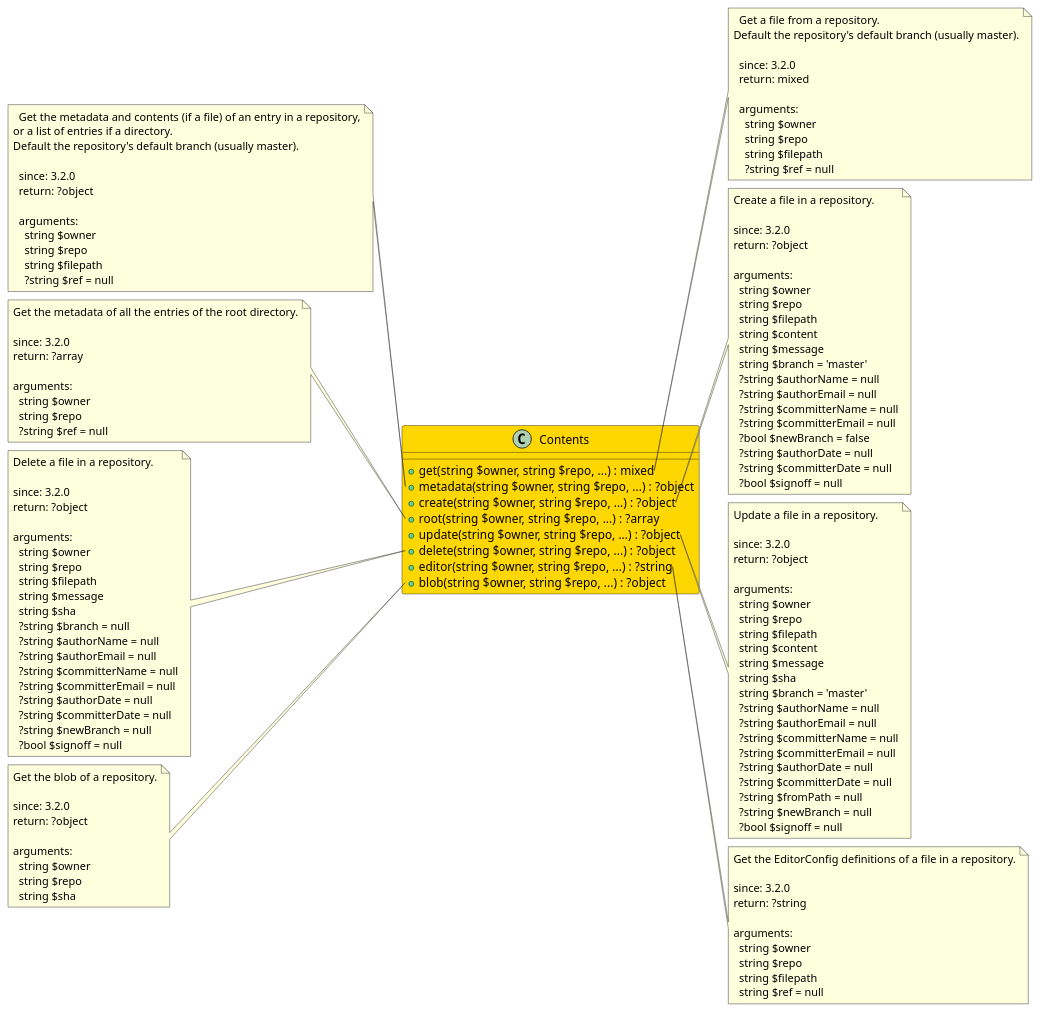
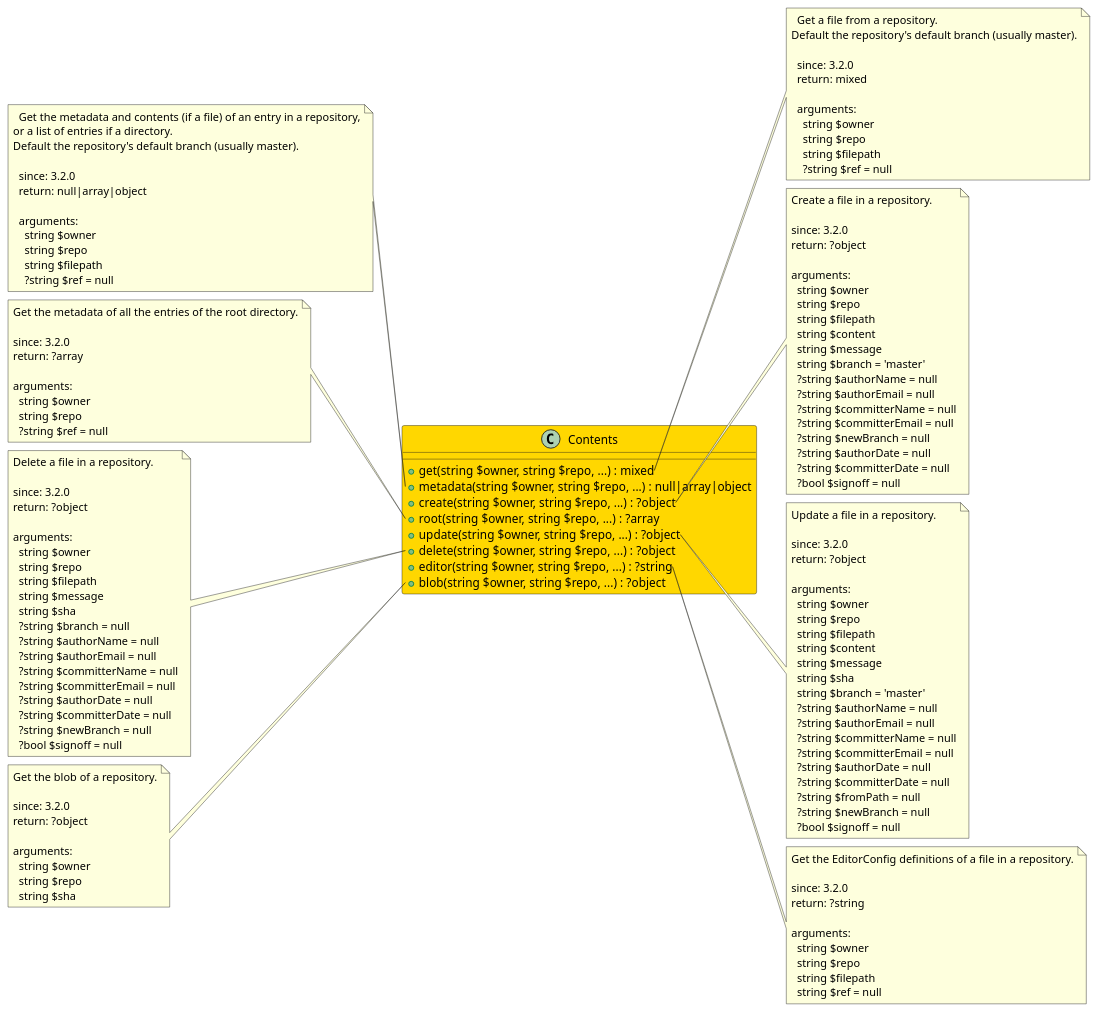
Before and after one commit to joomengine/gitea: the diagram in src/8d1baef6-fcad-49a9-848f-428009cdb989/README.md, drawn with PlantUML. The commit also changed 4 other files, not shown here.

```diff
--- a/src/8d1baef6-fcad-49a9-848f-428009cdb989/README.md
+++ b/src/8d1baef6-fcad-49a9-848f-428009cdb989/README.md
@@ -13,7 +13,7 @@
 @startuml
 class Contents  #Gold {
   + get(string $owner, string $repo, ...) : mixed
-  + metadata(string $owner, string $repo, ...) : ?object
+  + metadata(string $owner, string $repo, ...) : null|array|object
   + create(string $owner, string $repo, ...) : ?object
   + root(string $owner, string $repo, ...) : ?array
   + update(string $owner, string $repo, ...) : ?object
@@ -42,7 +42,7 @@
 Default the repository's default branch (usually master).
 
   since: 3.2.0
-  return: ?object
+  return: null|array|object
   
   arguments:
     string $owner
@@ -68,7 +68,7 @@
     ?string $authorEmail = null
     ?string $committerName = null
     ?string $committerEmail = null
-    ?bool $newBranch = false
+    ?string $newBranch = null
     ?string $authorDate = null
     ?string $committerDate = null
     ?bool $signoff = null
```
